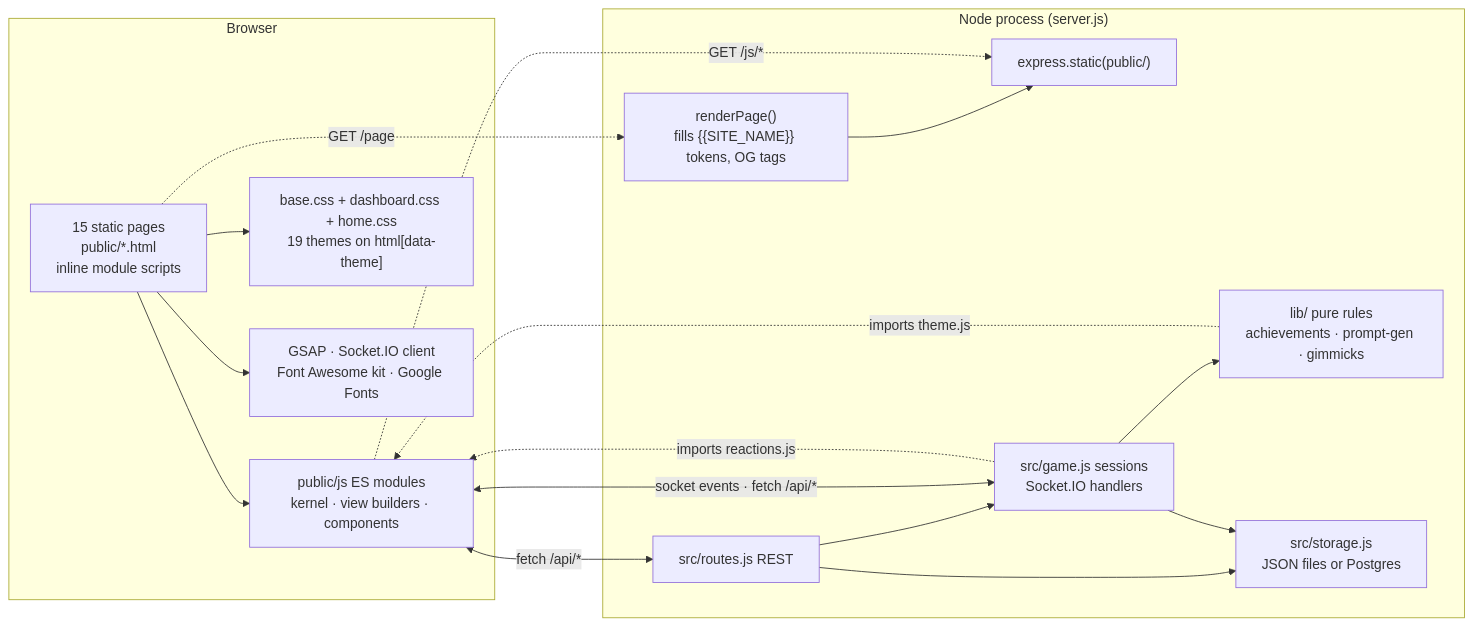
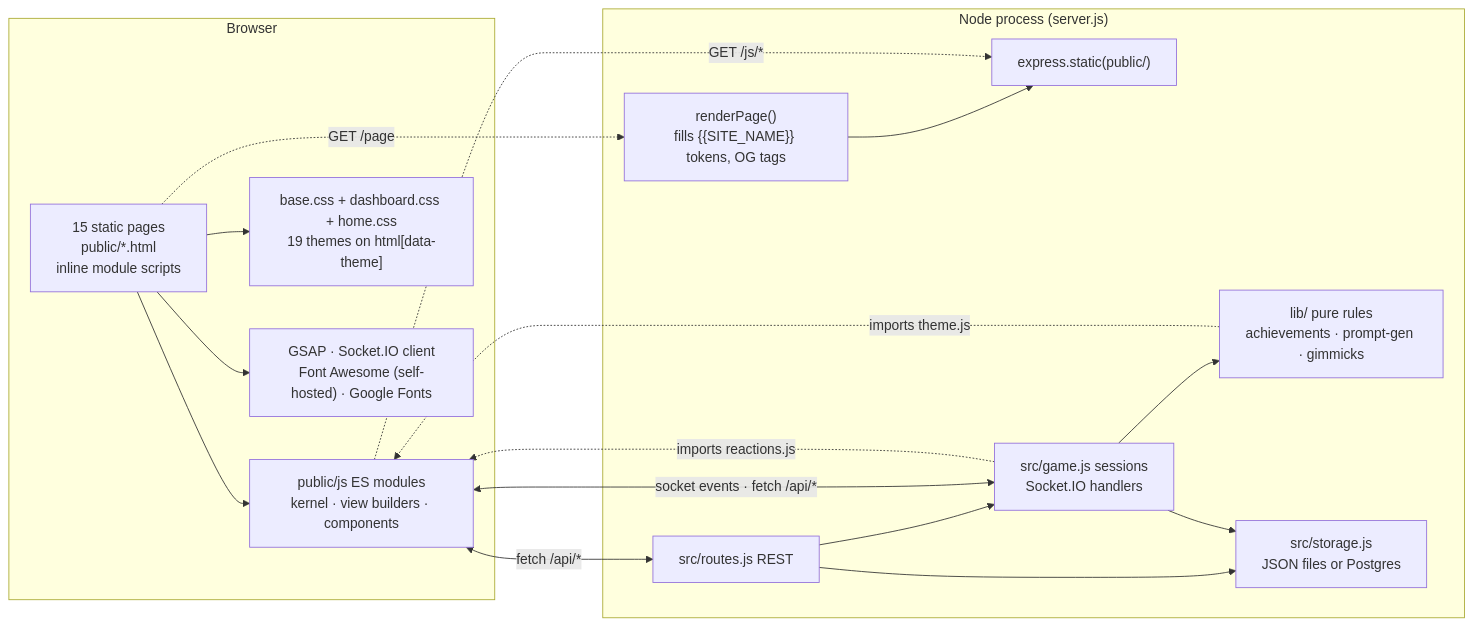
Before and after one commit to ninap41/byler-cowrite: the first of 3 diagrams in docs/FRONTEND_ASSESSMENT.md, drawn with Mermaid. The commit also changed other lines of this file, not shown here.

Commit message:
Assessment: Font Awesome is now self-hosted on master; the remaining step is inlining the three icons

````diff
--- a/docs/FRONTEND_ASSESSMENT.md
+++ b/docs/FRONTEND_ASSESSMENT.md
@@ -31,31 +31,31 @@
 ```mermaid
 flowchart LR
   subgraph Browser
     HTML["15 static pages<br/>public/*.html<br/>inline module scripts"]
     JS["public/js ES modules<br/>kernel · view builders · components"]
     CSS["base.css + dashboard.css + home.css<br/>19 themes on html[data-theme]"]
-    LIBS["GSAP · Socket.IO client<br/>Font Awesome kit · Google Fonts"]
+    LIBS["GSAP · Socket.IO client<br/>Font Awesome (self-hosted) · Google Fonts"]
     HTML --> JS
     HTML --> CSS
     HTML --> LIBS
   end
   subgraph Server["Node process (server.js)"]
     RP["renderPage()<br/>fills {{SITE_NAME}} tokens, OG tags"]
     ST["express.static(public/)"]
     RT["src/routes.js REST"]
     GM["src/game.js sessions<br/>Socket.IO handlers"]
     LIB["lib/ pure rules<br/>achievements · prompt-gen · gimmicks"]
     STO["src/storage.js<br/>JSON files or Postgres"]
     RP --> ST
     RT --> GM
     GM --> LIB
     RT --> STO
     GM --> STO
   end
   HTML -. "GET /page" .-> RP
   JS -. "GET /js/*" .-> ST
   JS <-- "socket events · fetch /api/*" --> GM
   JS <-- "fetch /api/*" --> RT
   GM -. "imports reactions.js" .-> JS
   LIB -. "imports theme.js" .-> JS
 ```
````
